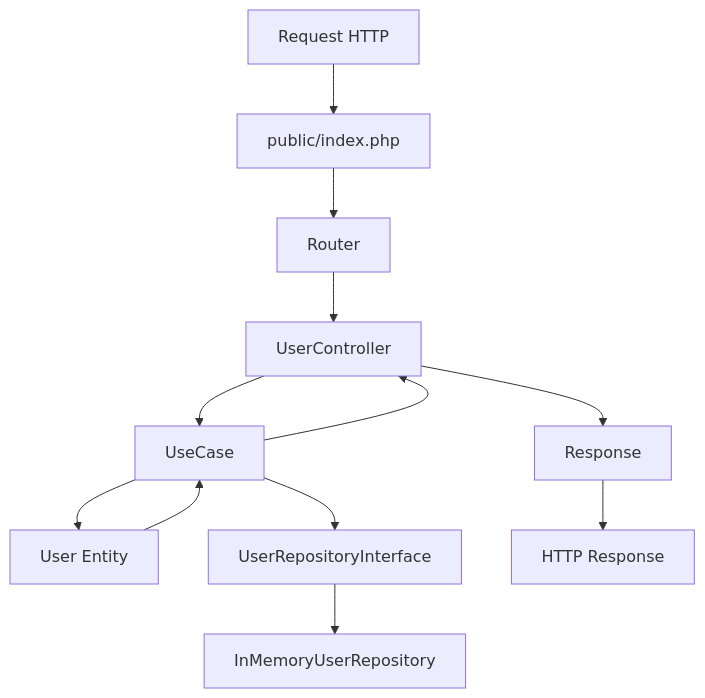
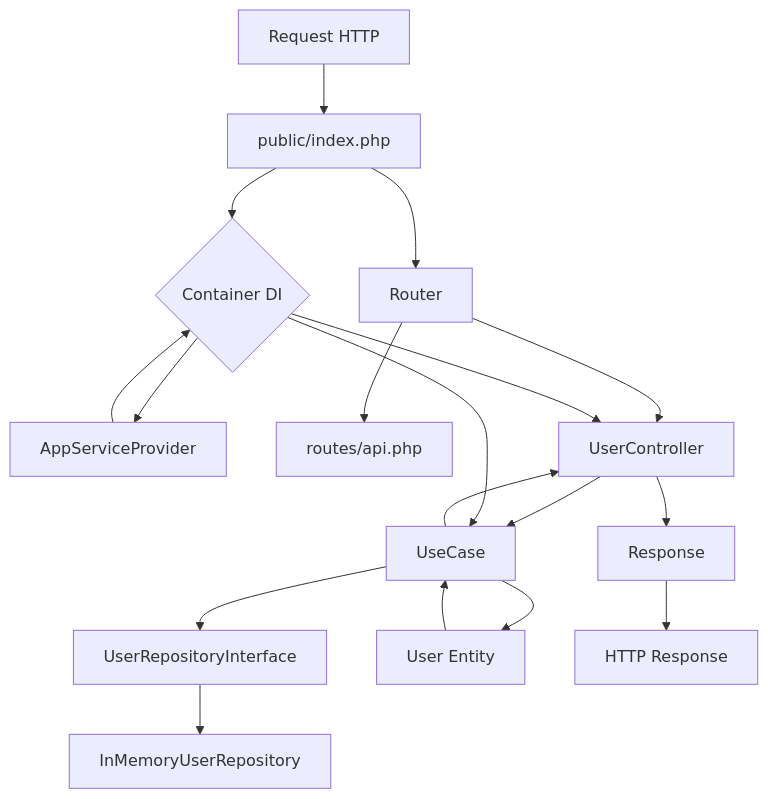
Before and after one commit to ThallesAguiar/api-php-clean-architecture: the diagram in doc/arquitetura.md, drawn with Mermaid. The commit also changed other lines of this file and 17 other files, not shown here.

````diff
--- a/doc/arquitetura.md
+++ b/doc/arquitetura.md
@@ -202,14 +89,20 @@
 ```mermaid
 graph TD
     A[Request HTTP] --> B[public/index.php]
-    B --> C[Router]
-    C --> D[UserController]
-    D --> E[UseCase]
-    E --> F[User Entity]
-    E --> G[UserRepositoryInterface]
-    G --> H[InMemoryUserRepository]
-    F --> E
-    E --> D
-    D --> I[Response]
-    I --> J[HTTP Response]
+    B --> C{Container DI}
+    C --> D[AppServiceProvider]
+    D --> C
+    B --> E[Router]
+    E --> F[routes/api.php]
+    E --> G[UserController]
+    C --> G
+    G --> H[UseCase]
+    C --> H
+    H --> I[UserRepositoryInterface]
+    I --> J[InMemoryUserRepository]
+    H --> K[User Entity]
+    K --> H
+    H --> G
+    G --> L[Response]
+    L --> M[HTTP Response]
 ```
````
